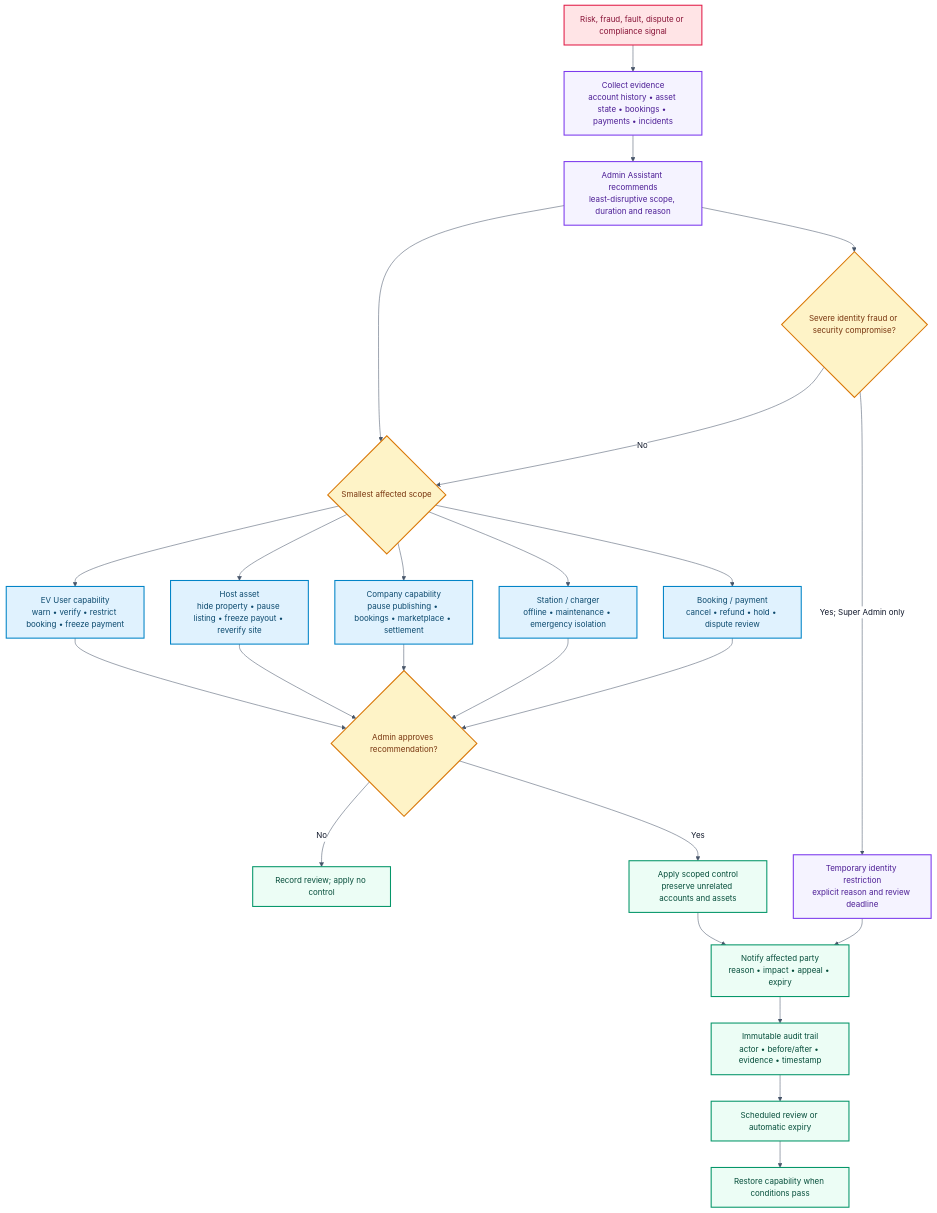
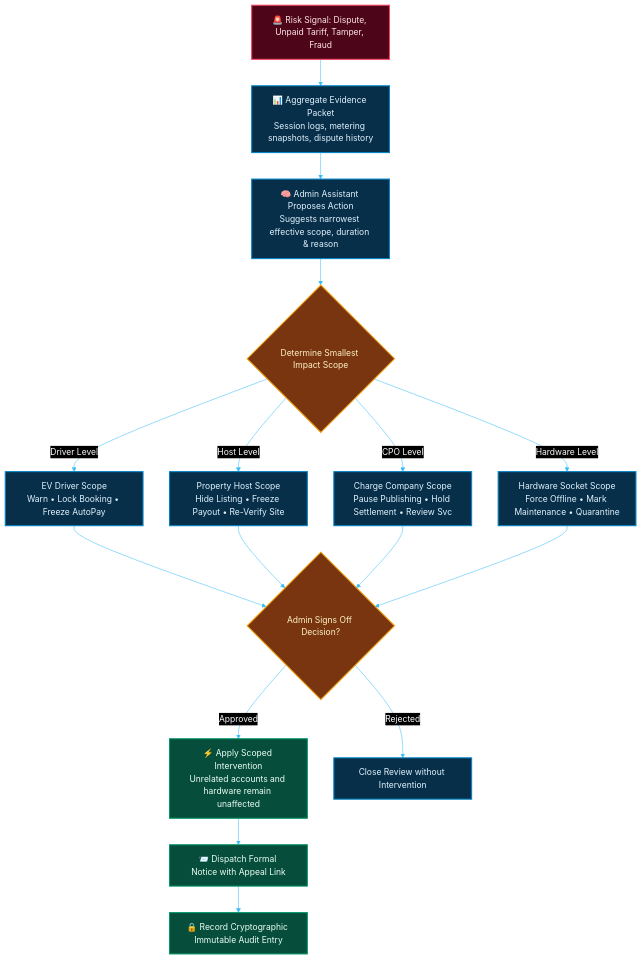
The eighth of 10 diagrams in README.md (cs1m2414238/vidyutEV-1.0), drawn with Mermaid before and after one commit. The commit also changed other lines of this file, not shown here.

````diff
--- a/README.md
+++ b/README.md
@@ -446,39 +632,45 @@
 ```mermaid
-%%{init: {"theme":"base","themeVariables":{"background":"#ffffff","fontFamily":"Inter, ui-sans-serif, system-ui, sans-serif","fontSize":"15px","primaryColor":"#ecfdf5","primaryTextColor":"#0f172a","primaryBorderColor":"#059669","lineColor":"#475569","secondaryColor":"#e0f2fe","tertiaryColor":"#f5f3ff","clusterBkg":"#f8fafc","clusterBorder":"#cbd5e1","edgeLabelBackground":"#ffffff"}}}%%
+%%{init: {
+  "theme": "base",
+  "themeVariables": {
+    "darkMode": true,
+    "background": "#0b0f19",
+    "primaryColor": "#111827",
+    "primaryTextColor": "#f8fafc",
+    "primaryBorderColor": "#0ea5e9",
+    "lineColor": "#38bdf8",
+    "fontFamily": "Inter, sans-serif"
+  }
+}}%%
 flowchart TD
-    ISSUE["Risk, fraud, fault, dispute or compliance signal"] --> EVIDENCE["Collect evidence<br/>account history • asset state • bookings • payments • incidents"]
-    EVIDENCE --> AGENT["Admin Assistant recommends<br/>least-disruptive scope, duration and reason"]
-    AGENT --> SCOPE{"Smallest affected scope"}
-    SCOPE --> USER["EV User capability<br/>warn • verify • restrict booking • freeze payment"]
-    SCOPE --> HOST["Host asset<br/>hide property • pause listing • freeze payout • reverify site"]
-    SCOPE --> COMPANY["Company capability<br/>pause publishing • bookings • marketplace • settlement"]
-    SCOPE --> CHARGER["Station / charger<br/>offline • maintenance • emergency isolation"]
-    SCOPE --> TRANSACTION["Booking / payment<br/>cancel • refund • hold • dispute review"]
-    USER --> REVIEW{"Admin approves recommendation?"}
-    HOST --> REVIEW
-    COMPANY --> REVIEW
-    CHARGER --> REVIEW
-    TRANSACTION --> REVIEW
-    REVIEW -->|No| CLOSE["Record review; apply no control"]
-    REVIEW -->|Yes| APPLY["Apply scoped control<br/>preserve unrelated accounts and assets"]
-    APPLY --> NOTICE["Notify affected party<br/>reason • impact • appeal • expiry"]
-    NOTICE --> AUDIT["Immutable audit trail<br/>actor • before/after • evidence • timestamp"]
-    AUDIT --> EXPIRY["Scheduled review or automatic expiry"]
-    EXPIRY --> RESTORE["Restore capability when conditions pass"]
+    SIGNAL["🚨 Risk Signal: Dispute, Unpaid Tariff, Tamper, Fraud"] --> COLLECT["📊 Aggregate Evidence Packet<br/>Session logs, metering snapshots, dispute history"]
+    COLLECT --> AI_RECOMMEND["🧠 Admin Assistant Proposes Action<br/>Suggests narrowest effective scope, duration & reason"]
+    
+    AI_RECOMMEND --> SCOPE{"Determine Smallest Impact Scope"}
+    
+    SCOPE -->|Driver Level| U_SCOPE["EV Driver Scope<br/>Warn • Lock Booking • Freeze AutoPay"]
+    SCOPE -->|Host Level| H_SCOPE["Property Host Scope<br/>Hide Listing • Freeze Payout • Re-Verify Site"]
+    SCOPE -->|CPO Level| C_SCOPE["Charge Company Scope<br/>Pause Publishing • Hold Settlement • Review Svc"]
+    SCOPE -->|Hardware Level| HW_SCOPE["Hardware Socket Scope<br/>Force Offline • Mark Maintenance • Quarantine"]
+    
+    U_SCOPE --> ADMIN_APPROVAL{"Admin Signs Off Decision?"}
+    H_SCOPE --> ADMIN_APPROVAL
+    C_SCOPE --> ADMIN_APPROVAL
+    HW_SCOPE --> ADMIN_APPROVAL
+    
+    ADMIN_APPROVAL -->|Approved| APPLY["⚡ Apply Scoped Intervention<br/>Unrelated accounts and hardware remain unaffected"]
+    ADMIN_APPROVAL -->|Rejected| CLOSE["Close Review without Intervention"]
+    
+    APPLY --> NOTIFY_PARTY["📨 Dispatch Formal Notice with Appeal Link"]
+    NOTIFY_PARTY --> AUDIT_LOG["🔒 Record Cryptographic Immutable Audit Entry"]
 
-    AGENT --> EMERGENCY{"Severe identity fraud or security compromise?"}
-    EMERGENCY -->|No| SCOPE
-    EMERGENCY -->|Yes; Super Admin only| IDENTITY["Temporary identity restriction<br/>explicit reason and review deadline"]
-    IDENTITY --> NOTICE
+    classDef signal fill:#4c0519,stroke:#f43f5e,color:#ffe4e6,stroke-width:2px;
+    classDef decision fill:#78350f,stroke:#f59e0b,color:#fef3c7,stroke-width:2px;
+    classDef action fill:#082f49,stroke:#0284c7,color:#e0f2fe,stroke-width:2px;
+    classDef audit fill:#064e3b,stroke:#059669,color:#ecfdf5,stroke-width:2px;
 
-    classDef issue fill:#ffe4e6,stroke:#e11d48,color:#881337,stroke-width:2px
-    classDef decision fill:#fef3c7,stroke:#d97706,color:#78350f,stroke-width:2px
-    classDef control fill:#e0f2fe,stroke:#0284c7,color:#0c4a6e,stroke-width:2px
-    classDef governance fill:#f5f3ff,stroke:#7c3aed,color:#4c1d95,stroke-width:2px
-    classDef audit fill:#ecfdf5,stroke:#059669,color:#064e3b,stroke-width:2px
-    class ISSUE issue
-    class SCOPE,REVIEW,EMERGENCY decision
-    class USER,HOST,COMPANY,CHARGER,TRANSACTION control
-    class EVIDENCE,AGENT,IDENTITY governance
-    class APPLY,NOTICE,AUDIT,EXPIRY,RESTORE,CLOSE audit
+    class SIGNAL signal;
+    class SCOPE,ADMIN_APPROVAL decision;
+    class COLLECT,AI_RECOMMEND,U_SCOPE,H_SCOPE,C_SCOPE,HW_SCOPE,CLOSE action;
+    class APPLY,NOTIFY_PARTY,AUDIT_LOG audit;
 ```
````
